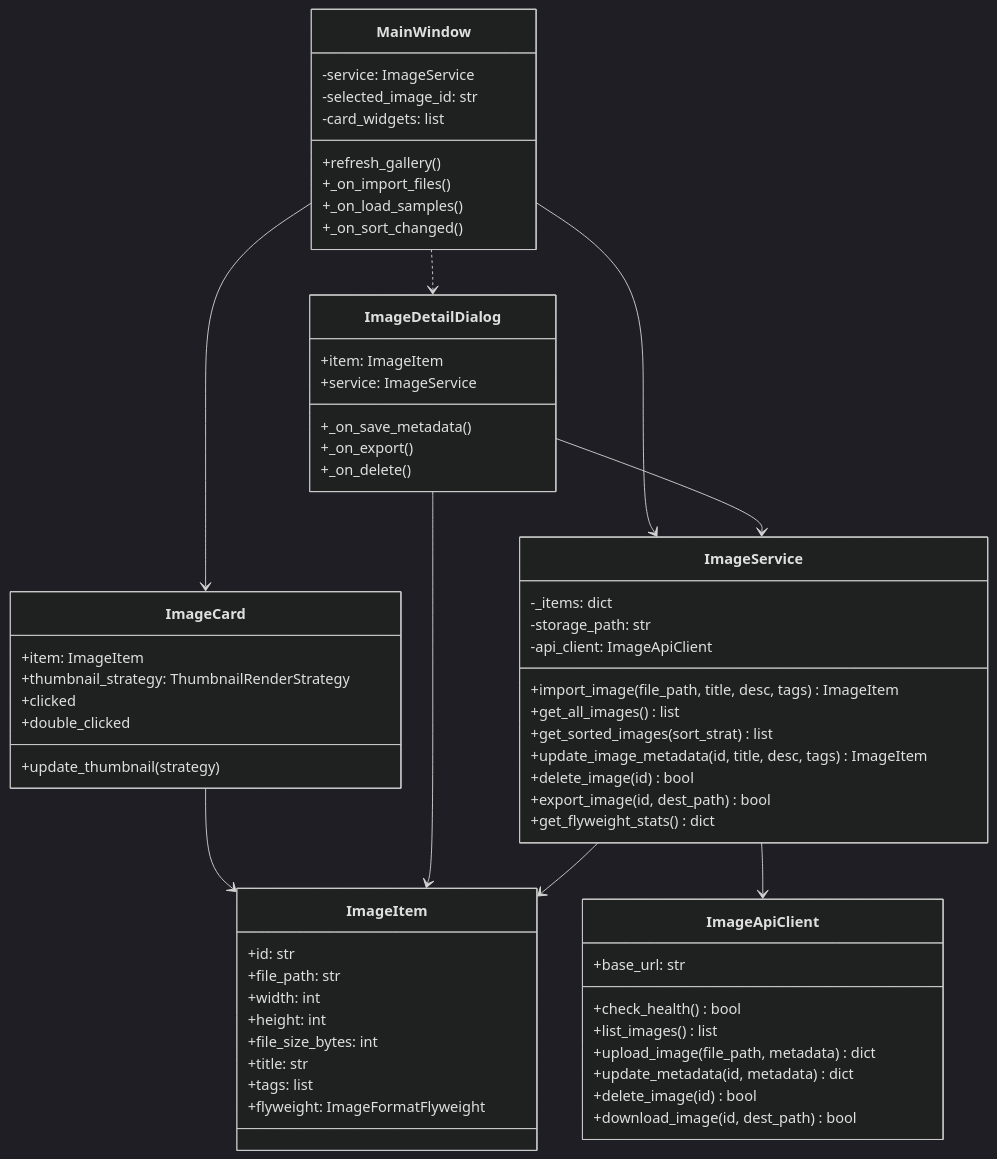
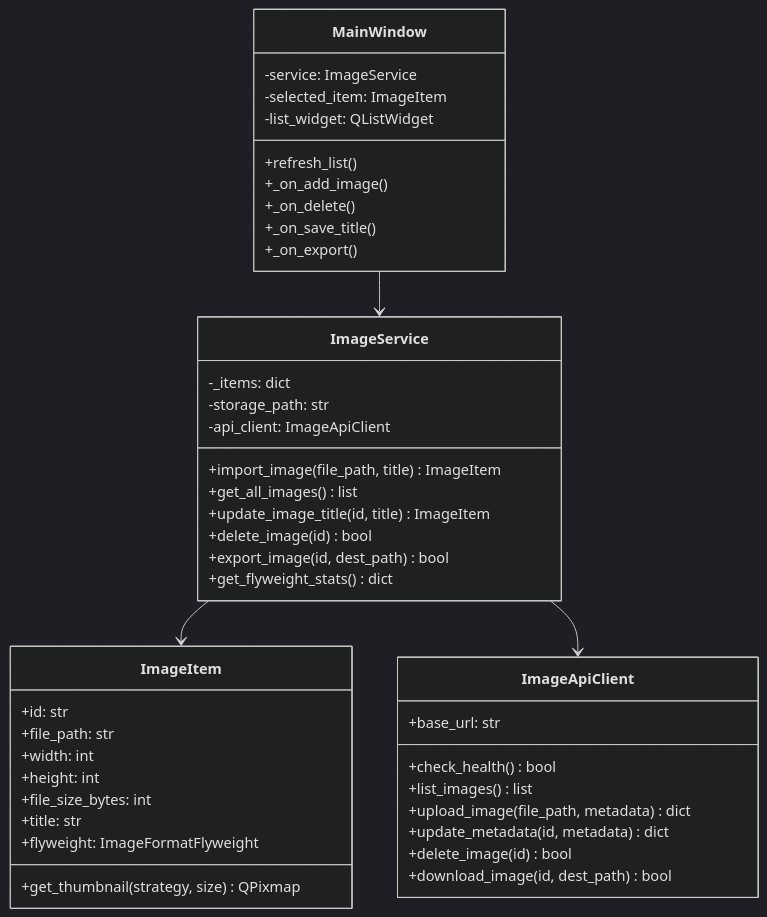
One commit to gustavosilverio/organizador-imagens changed the fourth of 4 diagrams in README.md. Above: the diagram before and after it, drawn with Mermaid (dark theme). The commit also changed other lines of this file and 13 other files, not shown here.

````diff
--- a/README.md
+++ b/README.md
@@ -156,73 +142,52 @@
 ```mermaid
 classDiagram
     direction TB
 
     class MainWindow {
         -service: ImageService
-        -selected_image_id: str
-        -card_widgets: list
-        +refresh_gallery()
-        +_on_import_files()
-        +_on_load_samples()
-        +_on_sort_changed()
-    }
-
-    class ImageCard {
-        +item: ImageItem
-        +thumbnail_strategy: ThumbnailRenderStrategy
-        +update_thumbnail(strategy)
-        +clicked
-        +double_clicked
-    }
-
-    class ImageDetailDialog {
-        +item: ImageItem
-        +service: ImageService
-        +_on_save_metadata()
+        -selected_item: ImageItem
+        -list_widget: QListWidget
+        +refresh_list()
+        +_on_add_image()
+        +_on_delete()
+        +_on_save_title()
         +_on_export()
-        +_on_delete()
     }
 
     class ImageService {
         -_items: dict
         -storage_path: str
         -api_client: ImageApiClient
-        +import_image(file_path, title, desc, tags) ImageItem
+        +import_image(file_path, title) ImageItem
         +get_all_images() list
-        +get_sorted_images(sort_strat) list
-        +update_image_metadata(id, title, desc, tags) ImageItem
+        +update_image_title(id, title) ImageItem
         +delete_image(id) bool
         +export_image(id, dest_path) bool
         +get_flyweight_stats() dict
     }
 
     class ImageItem {
         +id: str
         +file_path: str
         +width: int
         +height: int
         +file_size_bytes: int
         +title: str
-        +tags: list
         +flyweight: ImageFormatFlyweight
+        +get_thumbnail(strategy, size) QPixmap
     }
 
     class ImageApiClient {
         +base_url: str
         +check_health() bool
         +list_images() list
         +upload_image(file_path, metadata) dict
         +update_metadata(id, metadata) dict
         +delete_image(id) bool
         +download_image(id, dest_path) bool
     }
 
     MainWindow --> ImageService
-    MainWindow --> ImageCard
-    MainWindow ..> ImageDetailDialog
-    ImageCard --> ImageItem
-    ImageDetailDialog --> ImageService
-    ImageDetailDialog --> ImageItem
     ImageService --> ImageItem
     ImageService --> ImageApiClient
 ```
````
